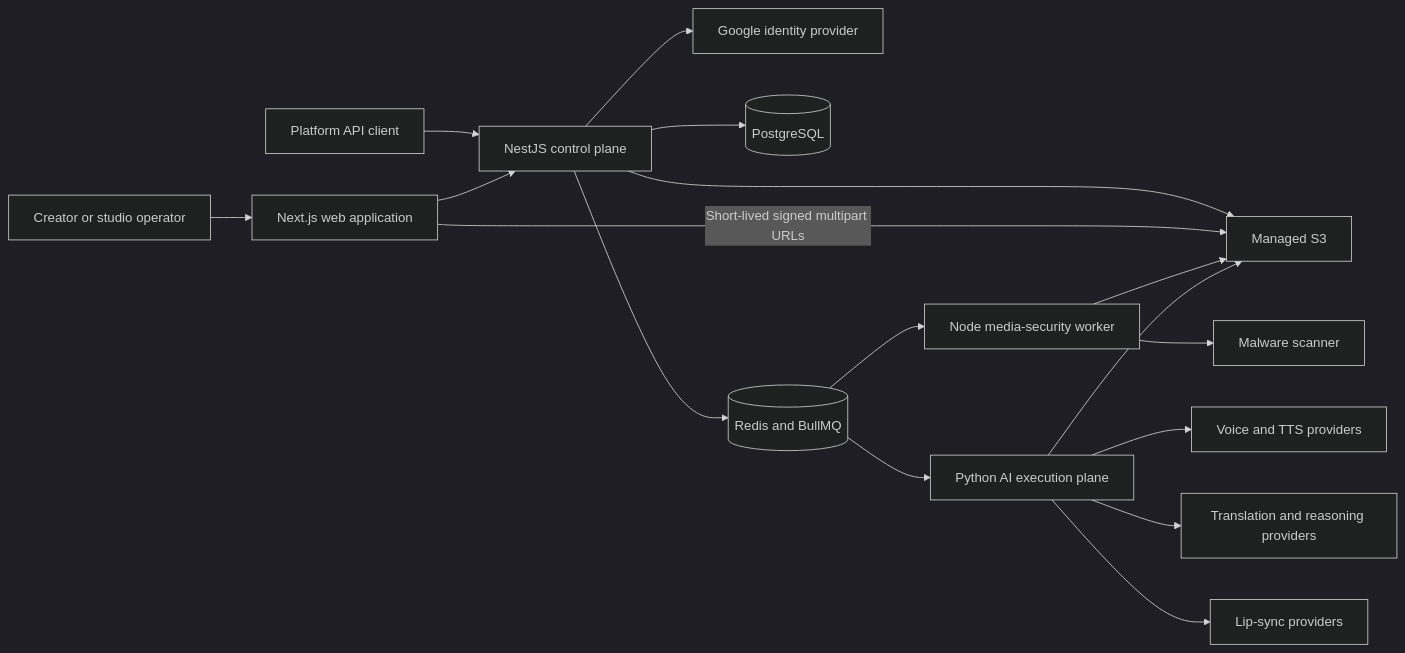
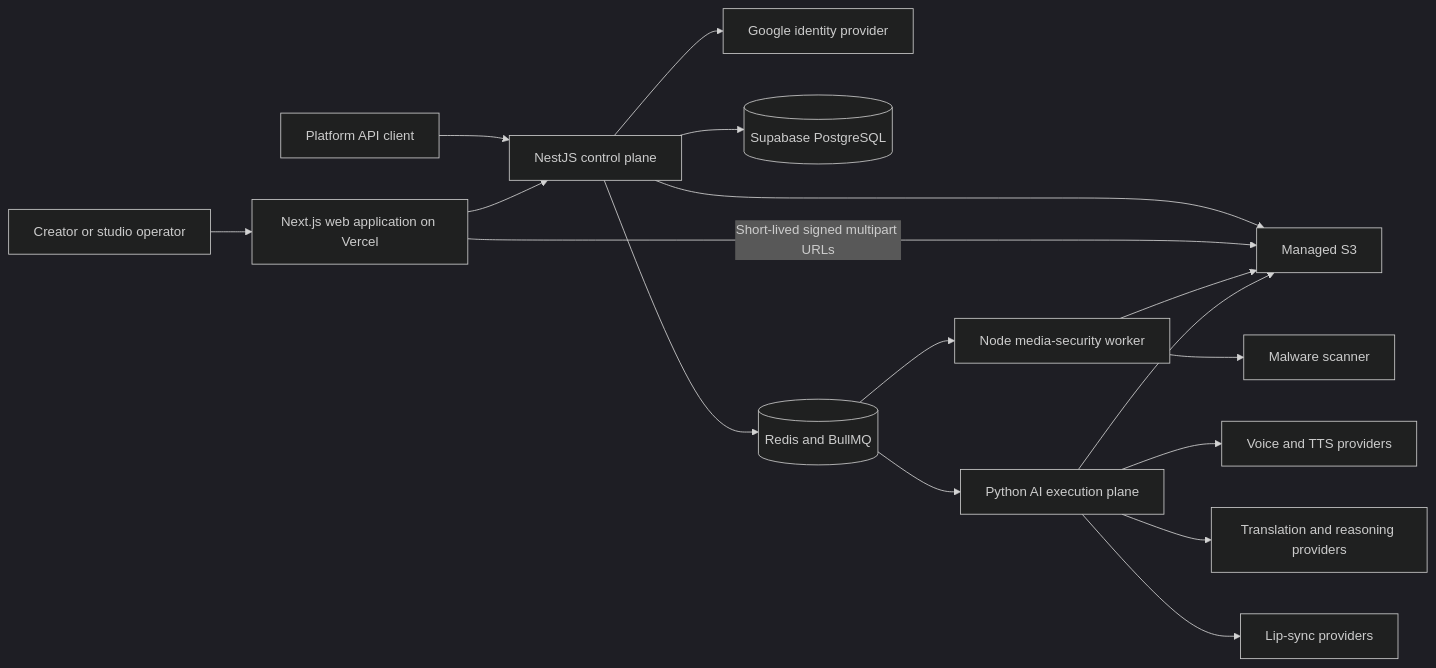
Before and after one commit to RahulRanjann/VoiceVerse-AI: the first of 4 diagrams in docs/architecture/system-context.md, drawn with Mermaid (dark theme). The commit also changed other lines of this file and 16 other files, not shown here.

Commit message:
feat: implement cloud foundation with Vercel frontend, Supabase managed PostgreSQL, and database migration workflows.

````diff
--- a/docs/architecture/system-context.md
+++ b/docs/architecture/system-context.md
@@ -5,28 +5,28 @@
 ```mermaid
 flowchart LR
     Creator[Creator or studio operator]
     Partner[Platform API client]
     IdP[Google identity provider]
     TTS[Voice and TTS providers]
     LLM[Translation and reasoning providers]
     Lip[Lip-sync providers]
     S3[Managed S3]
     Scanner[Malware scanner]
 
-    Creator --> Web[Next.js web application]
+    Creator --> Web[Next.js web application on Vercel]
     Partner --> API[NestJS control plane]
     Web --> API
     API --> IdP
-    API --> DB[(PostgreSQL)]
+    API --> DB[(Supabase PostgreSQL)]
     API --> Queue[(Redis and BullMQ)]
     API --> S3
     Web -->|Short-lived signed multipart URLs| S3
     Queue --> Worker[Node media-security worker]
     Worker --> S3
     Worker --> Scanner
     Queue --> AI[Python AI execution plane]
     AI --> S3
     AI --> TTS
     AI --> LLM
     AI --> Lip
 ```
````
